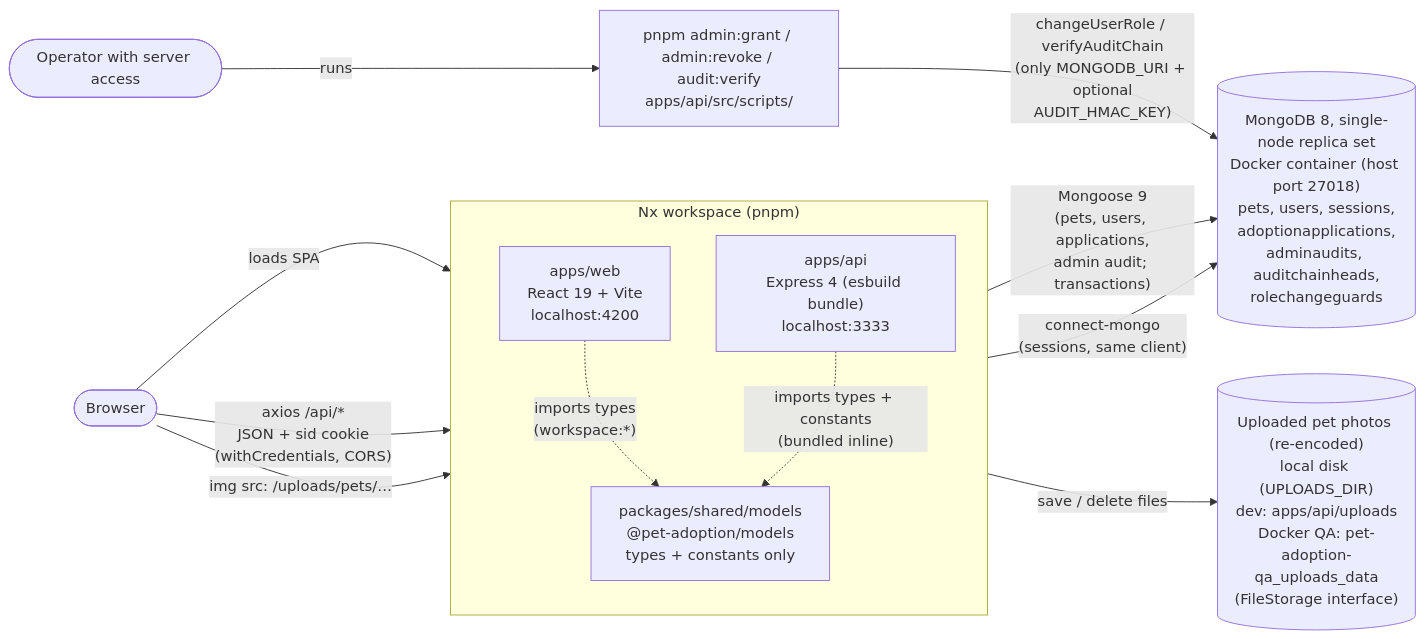
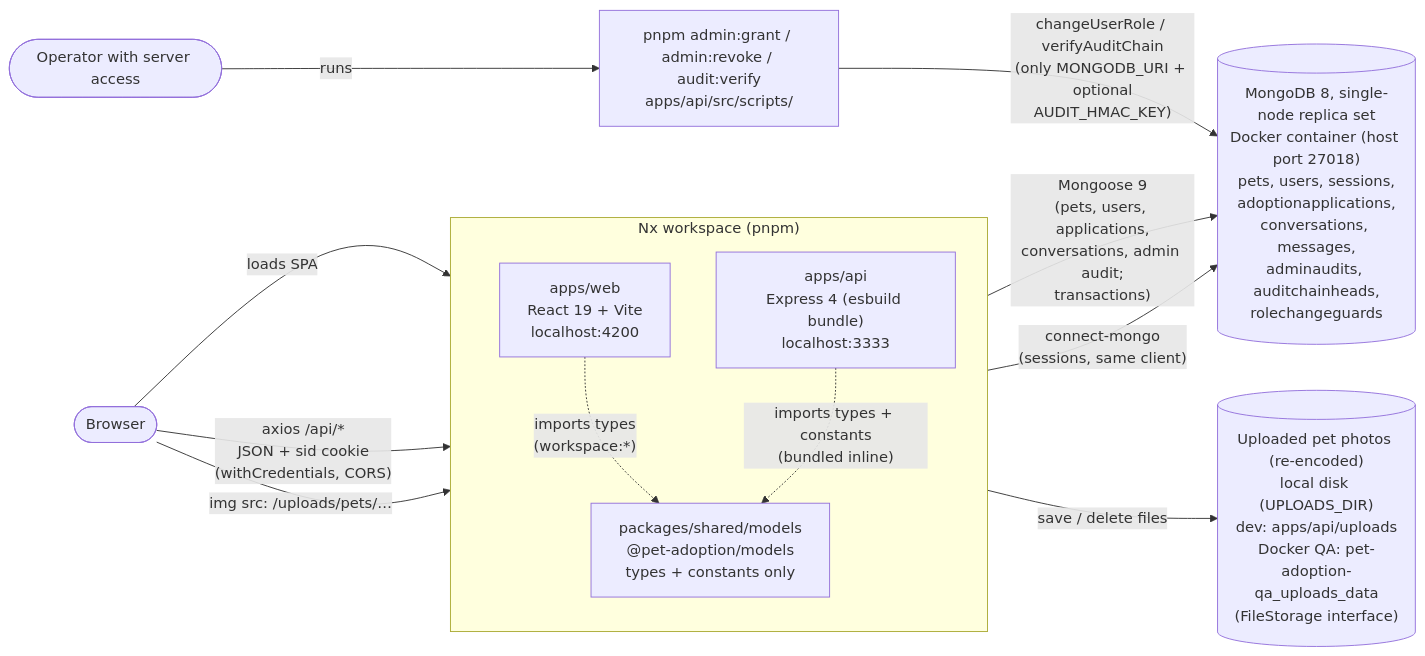
One commit to BojanSovtic/pet-adoption-system changed the first of 13 diagrams in docs/architecture.md. Above: the diagram before and after it, drawn with Mermaid. The commit also changed other lines of this file and 47 other files, not shown here.

````diff
--- a/docs/architecture.md
+++ b/docs/architecture.md
@@ -9,26 +9,26 @@
 ```mermaid
 flowchart LR
   subgraph nx["Nx workspace (pnpm)"]
     direction TB
     web["apps/web<br/>React 19 + Vite<br/>localhost:4200"]
     api["apps/api<br/>Express 4 (esbuild bundle)<br/>localhost:3333"]
     models["packages/shared/models<br/>@pet-adoption/models<br/>types + constants only"]
   end
 
   browser(["Browser"])
   operator(["Operator with server access"])
   cli["pnpm admin:grant / admin:revoke / audit:verify<br/>apps/api/src/scripts/"]
-  mongo[("MongoDB 8, single-node replica set<br/>Docker container (host port 27018)<br/>pets, users, sessions,<br/>adoptionapplications,<br/>adminaudits, auditchainheads,<br/>rolechangeguards")]
+  mongo[("MongoDB 8, single-node replica set<br/>Docker container (host port 27018)<br/>pets, users, sessions,<br/>adoptionapplications,<br/>conversations, messages,<br/>adminaudits, auditchainheads,<br/>rolechangeguards")]
 
   browser -- "loads SPA" --> web
   browser -- "axios /api/*<br/>JSON + sid cookie<br/>(withCredentials, CORS)" --> api
   web -. "imports types<br/>(workspace:*)" .-> models
   api -. "imports types + constants<br/>(bundled inline)" .-> models
-  api -- "Mongoose 9<br/>(pets, users, applications,<br/>admin audit; transactions)" --> mongo
+  api -- "Mongoose 9<br/>(pets, users, applications,<br/>conversations, admin audit;<br/>transactions)" --> mongo
   api -- "connect-mongo<br/>(sessions, same client)" --> mongo
   operator -- "runs" --> cli
   cli -- "changeUserRole / verifyAuditChain<br/>(only MONGODB_URI + optional<br/>AUDIT_HMAC_KEY)" --> mongo
   uploads[("Uploaded pet photos (re-encoded)<br/>local disk (UPLOADS_DIR)<br/>dev: apps/api/uploads<br/>Docker QA: pet-adoption-qa_uploads_data<br/>(FileStorage interface)")]
   api -- "save / delete files" --> uploads
   browser -- "img src: /uploads/pets/…" --> api
 ```
````
